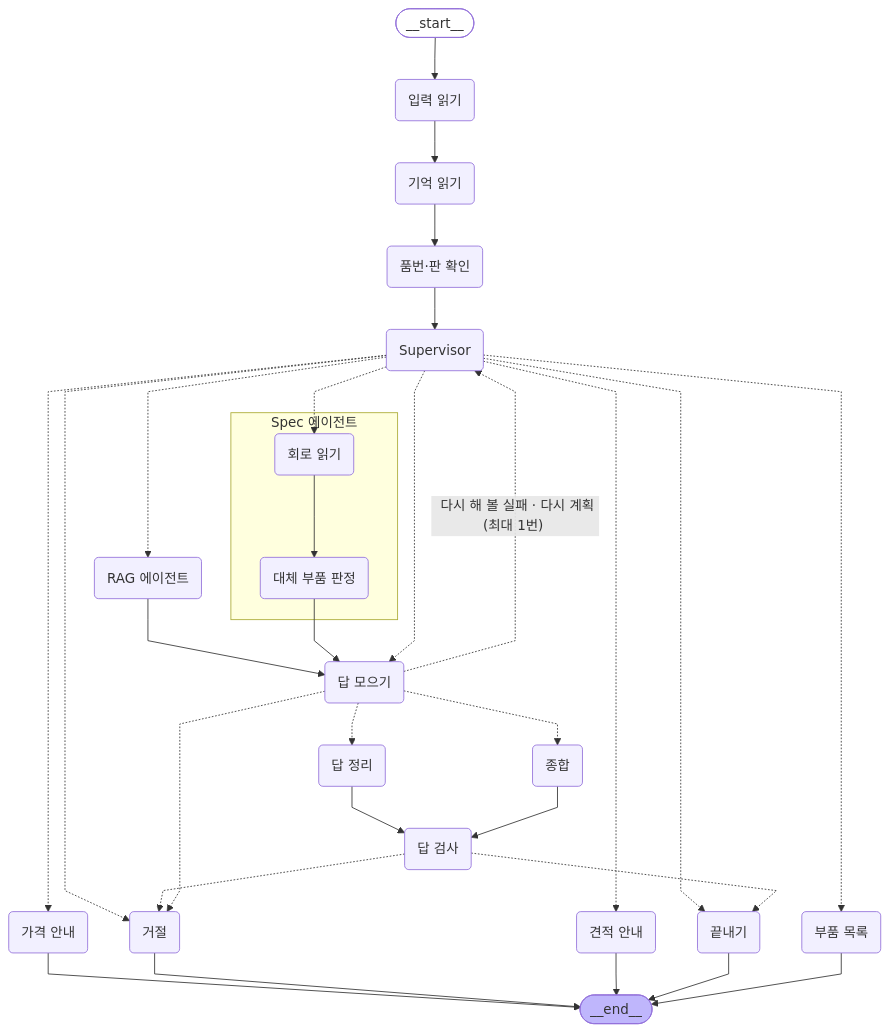
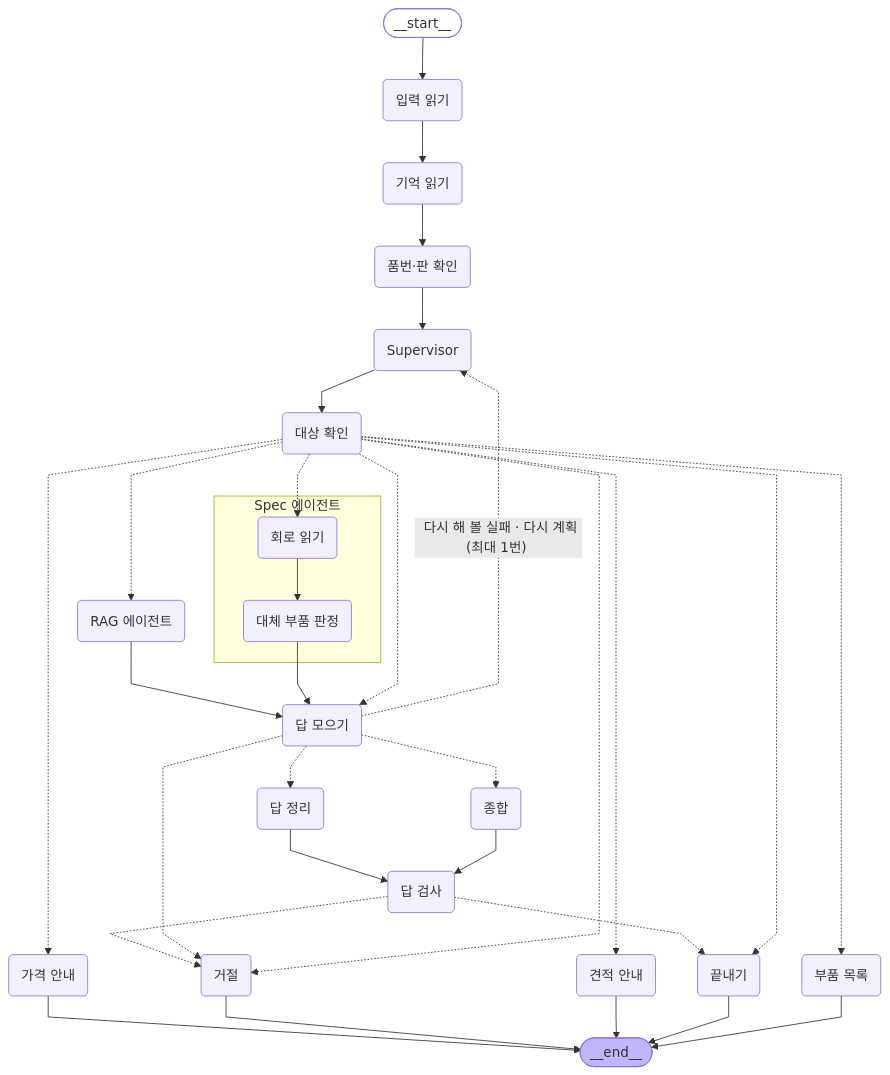
Before and after one commit to HJU5022/SojaFit: the diagram in README.md, drawn with Mermaid. The commit also changed other lines of this file and 15 other files, not shown here.

````diff
--- a/README.md
+++ b/README.md
@@ -69,59 +69,61 @@
 ```mermaid
 ---
 config:
   flowchart:
     curve: linear
 ---
 graph TD;
 	__start__([<p>__start__</p>]):::first
 	입력_읽기(입력 읽기)
 	기억_읽기(기억 읽기)
 	품번_판_확인(품번·판 확인)
 	Supervisor(Supervisor)
+	대상_확인(대상 확인)
 	RAG_에이전트(RAG 에이전트)
 	답_모으기(답 모으기)
 	답_정리(답 정리)
 	종합(종합)
 	답_검사(답 검사)
 	끝내기(끝내기)
 	거절(거절)
 	가격_안내(가격 안내)
 	부품_목록(부품 목록)
 	견적_안내(견적 안내)
 	__end__([<p>__end__</p>]):::last
 	RAG_에이전트 --> 답_모으기;
 	Spec_에이전트_대체_부품_판정 --> 답_모으기;
-	Supervisor -.-> RAG_에이전트;
-	Supervisor -.-> Spec_에이전트_회로_읽기;
-	Supervisor -.-> 가격_안내;
-	Supervisor -.-> 거절;
-	Supervisor -.-> 견적_안내;
-	Supervisor -.-> 끝내기;
-	Supervisor -.-> 답_모으기;
-	Supervisor -.-> 부품_목록;
+	Supervisor --> 대상_확인;
 	__start__ --> 입력_읽기;
 	기억_읽기 --> 품번_판_확인;
 	답_검사 -.-> 거절;
 	답_검사 -.-> 끝내기;
 	답_모으기 -.->|"&nbsp;다시 해 볼 실패 · 다시 계획(최대 1번)&nbsp;"| Supervisor;
 	답_모으기 -.-> 거절;
 	답_모으기 -.-> 답_정리;
 	답_모으기 -.-> 종합;
 	답_정리 --> 답_검사;
+	대상_확인 -.-> RAG_에이전트;
+	대상_확인 -.-> Spec_에이전트_회로_읽기;
+	대상_확인 -.-> 가격_안내;
+	대상_확인 -.-> 거절;
+	대상_확인 -.-> 견적_안내;
+	대상_확인 -.-> 끝내기;
+	대상_확인 -.-> 답_모으기;
+	대상_확인 -.-> 부품_목록;
 	입력_읽기 --> 기억_읽기;
 	종합 --> 답_검사;
 	품번_판_확인 --> Supervisor;
 	가격_안내 --> __end__;
 	거절 --> __end__;
 	견적_안내 --> __end__;
 	끝내기 --> __end__;
 	부품_목록 --> __end__;
 	subgraph Spec 에이전트
 	Spec_에이전트_회로_읽기(회로 읽기)
 	Spec_에이전트_대체_부품_판정(대체 부품 판정)
 	Spec_에이전트_회로_읽기 --> Spec_에이전트_대체_부품_판정;
 	end
 	classDef default fill:#f2f0ff,line-height:1.2
 	classDef first fill-opacity:0
 	classDef last fill:#bfb6fc
 ```
````
